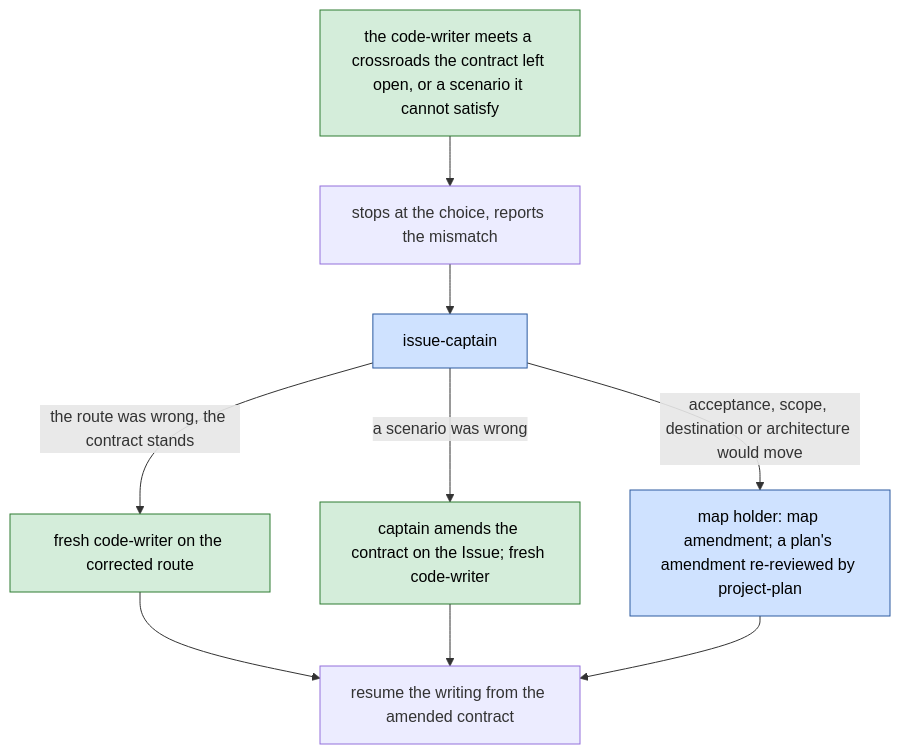
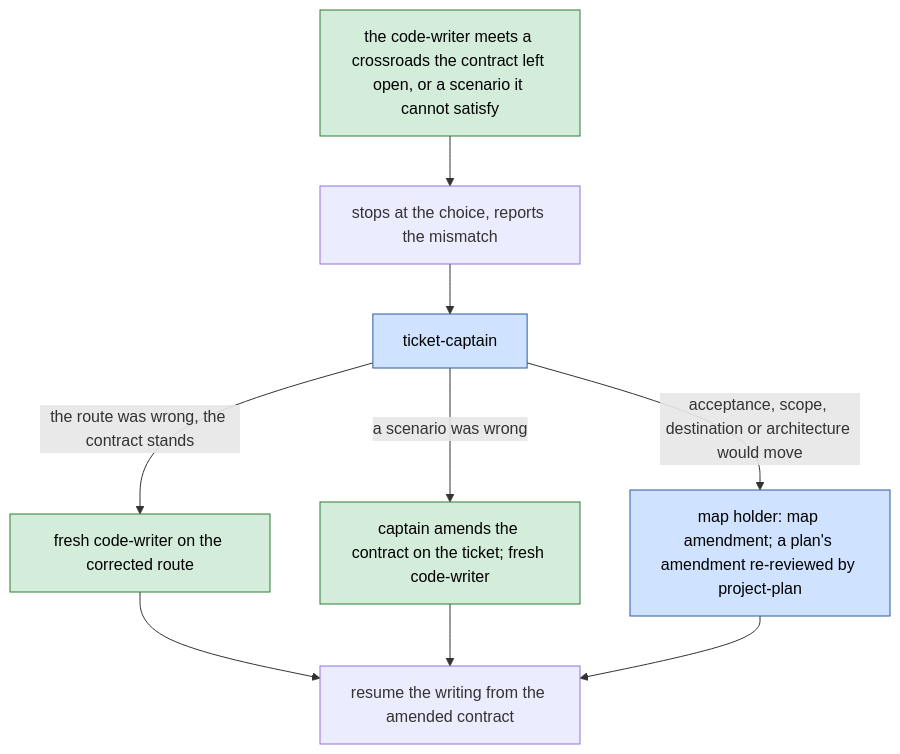
One commit to bodnarbalazs/dydo changed the seventh of 12 diagrams in dydo/understand/control-flow.md. Above: the diagram before and after it, drawn with Mermaid. The commit also changed other lines of this file and 4 other files, not shown here.

````diff
--- a/dydo/understand/control-flow.md
+++ b/dydo/understand/control-flow.md
@@ -498,13 +498,13 @@
 ```mermaid
 flowchart TD
   classDef crew fill:#d4edda,stroke:#2e7d32,color:#000
   classDef officer fill:#cfe2ff,stroke:#2c5aa0,color:#000
   IM[the code-writer meets a crossroads the contract left open, or a scenario it cannot satisfy]:::crew --> ST[stops at the choice, reports the mismatch]
-  ST --> IC[issue-captain]:::officer
+  ST --> IC[ticket-captain]:::officer
   IC -->|the route was wrong, the contract stands| SP[fresh code-writer on the corrected route]:::crew
-  IC -->|a scenario was wrong| SP2[captain amends the contract on the Issue; fresh code-writer]:::crew
+  IC -->|a scenario was wrong| SP2[captain amends the contract on the ticket; fresh code-writer]:::crew
   IC -->|acceptance, scope, destination or architecture would move| AD[map holder: map amendment; a plan's amendment re-reviewed by project-plan]:::officer
   SP --> RES[resume the writing from the amended contract]
   SP2 --> RES
   AD --> RES
 ```
````
